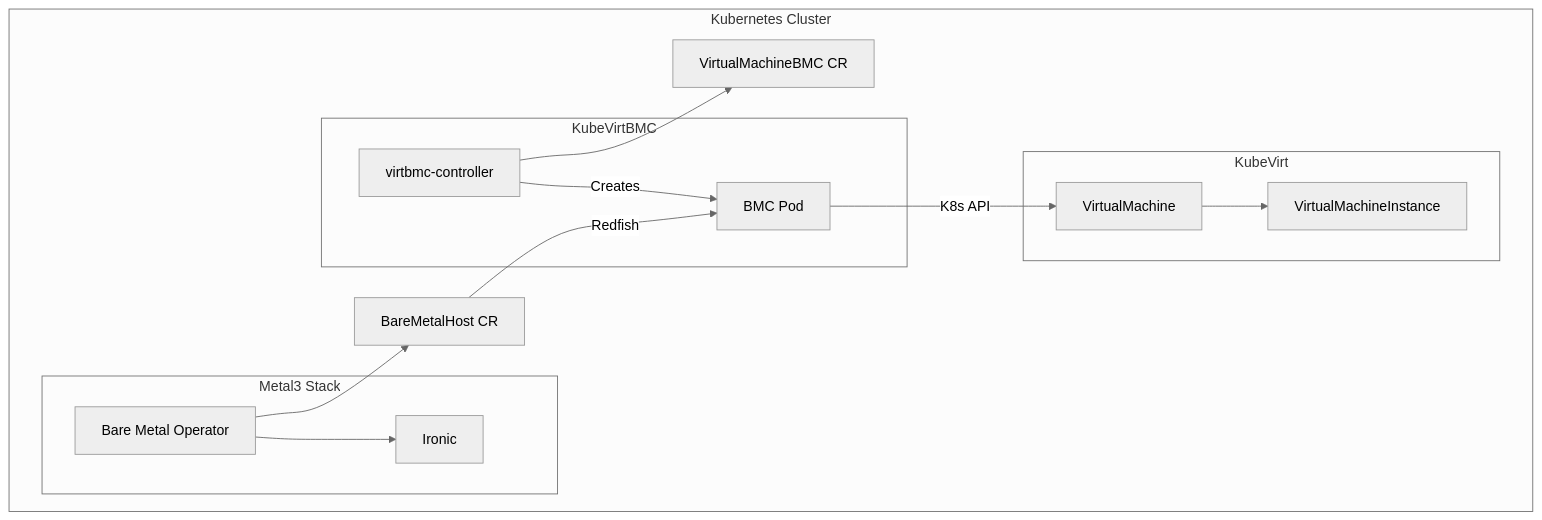
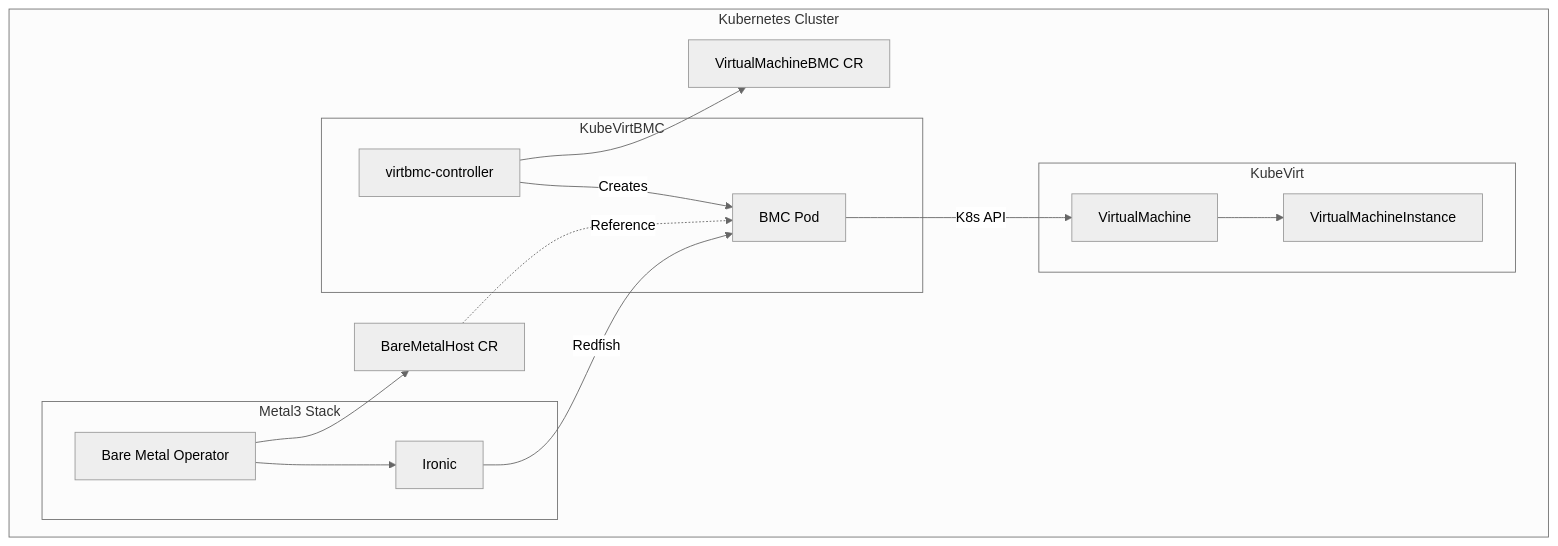
One commit to starbops/blog changed the second of 3 diagrams in content/posts/2026-08-03-metal3-meets-kubevirtbmc-provisioning-kubevirt-vms-like-bare-metal/index.md. Above: the diagram before and after it, drawn with Mermaid (neutral theme). The commit also changed other lines of this file, not shown here.

````diff
--- a/content/posts/2026-08-03-metal3-meets-kubevirtbmc-provisioning-kubevirt-vms-like-bare-metal/index.md
+++ b/content/posts/2026-08-03-metal3-meets-kubevirtbmc-provisioning-kubevirt-vms-like-bare-metal/index.md
@@ -50,27 +50,28 @@
 ```mermaid
 flowchart TB
     subgraph k8s["Kubernetes Cluster"]
         subgraph metal3["Metal3 Stack"]
             BMO[Bare Metal Operator]
             Ironic[Ironic]
         end
         subgraph kubevirtbmc["KubeVirtBMC"]
             Controller[virtbmc-controller]
             BMCPod[BMC Pod]
         end
         subgraph kubevirt["KubeVirt"]
             VM[VirtualMachine]
             VMI[VirtualMachineInstance]
         end
         BMH[BareMetalHost CR]
         VMBMC[VirtualMachineBMC CR]
 
-        BMH -->|Redfish| BMCPod
+        BMH -.->|Reference| BMCPod
+        Ironic -->|Redfish| BMCPod
         BMO --> BMH
         BMO --> Ironic
         Controller --> VMBMC
         Controller -->|Creates| BMCPod
         BMCPod -->|K8s API| VM
         VM --> VMI
     end
 ```
````
